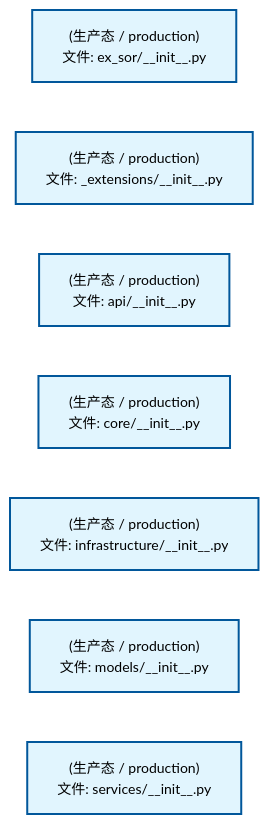
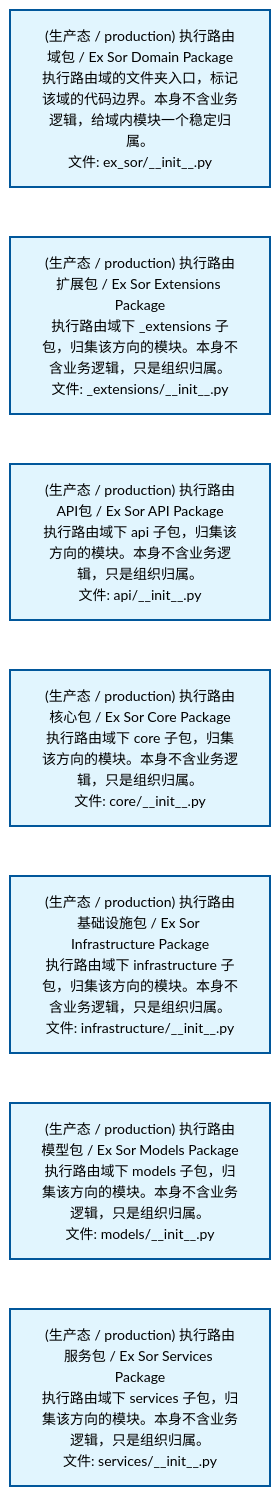
One commit to xuanFelixVan/ZephyrAlpha changed the first of 2 diagrams in docs/02_enterprise_architecture/02_domain_architecture_docs/45_d_ex_sor.md. Above: the diagram before and after it, drawn with Mermaid. The commit also changed 54 other files, not shown here.

````diff
--- a/docs/02_enterprise_architecture/02_domain_architecture_docs/45_d_ex_sor.md
+++ b/docs/02_enterprise_architecture/02_domain_architecture_docs/45_d_ex_sor.md
@@ -53,22 +53,22 @@
 ```mermaid
 %%{init: {'theme': 'base', 'themeVariables': {'primaryColor': '#eaeaea', 'primaryTextColor': '#333333', 'primaryBorderColor': '#666666', 'lineColor': '#666666', 'secondaryColor': '#eaeaea', 'tertiaryColor': '#eaeaea', 'fontSize': '14px'}}}%%
 flowchart TD
-    src_zephyr_ex_sor_init_py["(生产态 / production)<br/>文件: ex_sor/__init__.py"]
-    src_zephyr_ex_sor_extensions_init_py["(生产态 / production)<br/>文件: _extensions/__init__.py"]
-    src_zephyr_ex_sor_api_init_py["(生产态 / production)<br/>文件: api/__init__.py"]
-    src_zephyr_ex_sor_core_init_py["(生产态 / production)<br/>文件: core/__init__.py"]
-    src_zephyr_ex_sor_infrastructure_init_py["(生产态 / production)<br/>文件: infrastructure/__init__.py"]
-    src_zephyr_ex_sor_models_init_py["(生产态 / production)<br/>文件: models/__init__.py"]
-    src_zephyr_ex_sor_services_init_py["(生产态 / production)<br/>文件: services/__init__.py"]
+    src_zephyr_ex_sor_init_py["(生产态 / production) 执行路由域包 / Ex Sor Domain Package<br/>执行路由域的文件夹入口，标记该域的代码边界。本身不含业务逻辑，给域内模块一个稳定归属。<br/>文件: ex_sor/__init__.py"]
+    src_zephyr_ex_sor_extensions_init_py["(生产态 / production) 执行路由扩展包 / Ex Sor Extensions Package<br/>执行路由域下 _extensions 子包，归集该方向的模块。本身不含业务逻辑，只是组织归属。<br/>文件: _extensions/__init__.py"]
+    src_zephyr_ex_sor_api_init_py["(生产态 / production) 执行路由API包 / Ex Sor API Package<br/>执行路由域下 api 子包，归集该方向的模块。本身不含业务逻辑，只是组织归属。<br/>文件: api/__init__.py"]
+    src_zephyr_ex_sor_core_init_py["(生产态 / production) 执行路由核心包 / Ex Sor Core Package<br/>执行路由域下 core 子包，归集该方向的模块。本身不含业务逻辑，只是组织归属。<br/>文件: core/__init__.py"]
+    src_zephyr_ex_sor_infrastructure_init_py["(生产态 / production) 执行路由基础设施包 / Ex Sor Infrastructure Package<br/>执行路由域下 infrastructure 子包，归集该方向的模块。本身不含业务逻辑，只是组织归属。<br/>文件: infrastructure/__init__.py"]
+    src_zephyr_ex_sor_models_init_py["(生产态 / production) 执行路由模型包 / Ex Sor Models Package<br/>执行路由域下 models 子包，归集该方向的模块。本身不含业务逻辑，只是组织归属。<br/>文件: models/__init__.py"]
+    src_zephyr_ex_sor_services_init_py["(生产态 / production) 执行路由服务包 / Ex Sor Services Package<br/>执行路由域下 services 子包，归集该方向的模块。本身不含业务逻辑，只是组织归属。<br/>文件: services/__init__.py"]
     src_zephyr_ex_sor_init_py ~~~ src_zephyr_ex_sor_extensions_init_py
     src_zephyr_ex_sor_extensions_init_py ~~~ src_zephyr_ex_sor_api_init_py
     src_zephyr_ex_sor_api_init_py ~~~ src_zephyr_ex_sor_core_init_py
     src_zephyr_ex_sor_core_init_py ~~~ src_zephyr_ex_sor_infrastructure_init_py
     src_zephyr_ex_sor_infrastructure_init_py ~~~ src_zephyr_ex_sor_models_init_py
     src_zephyr_ex_sor_models_init_py ~~~ src_zephyr_ex_sor_services_init_py
     classDef production fill:#e1f5fe,stroke:#01579b,stroke-width:2px,color:#000
     classDef design fill:#fff3e0,stroke:#e65100,stroke-width:2px,color:#000,stroke-dasharray: 5 5
     classDef external_prod fill:#e8f4fd,stroke:#0277bd,stroke-width:1px,color:#000
     classDef external_design fill:#fff8e7,stroke:#ef6c00,stroke-width:1px,color:#000,stroke-dasharray: 5 5
     class src_zephyr_ex_sor_init_py,src_zephyr_ex_sor_extensions_init_py,src_zephyr_ex_sor_api_init_py,src_zephyr_ex_sor_core_init_py,src_zephyr_ex_sor_infrastructure_init_py,src_zephyr_ex_sor_models_init_py,src_zephyr_ex_sor_services_init_py production
 ```
````
